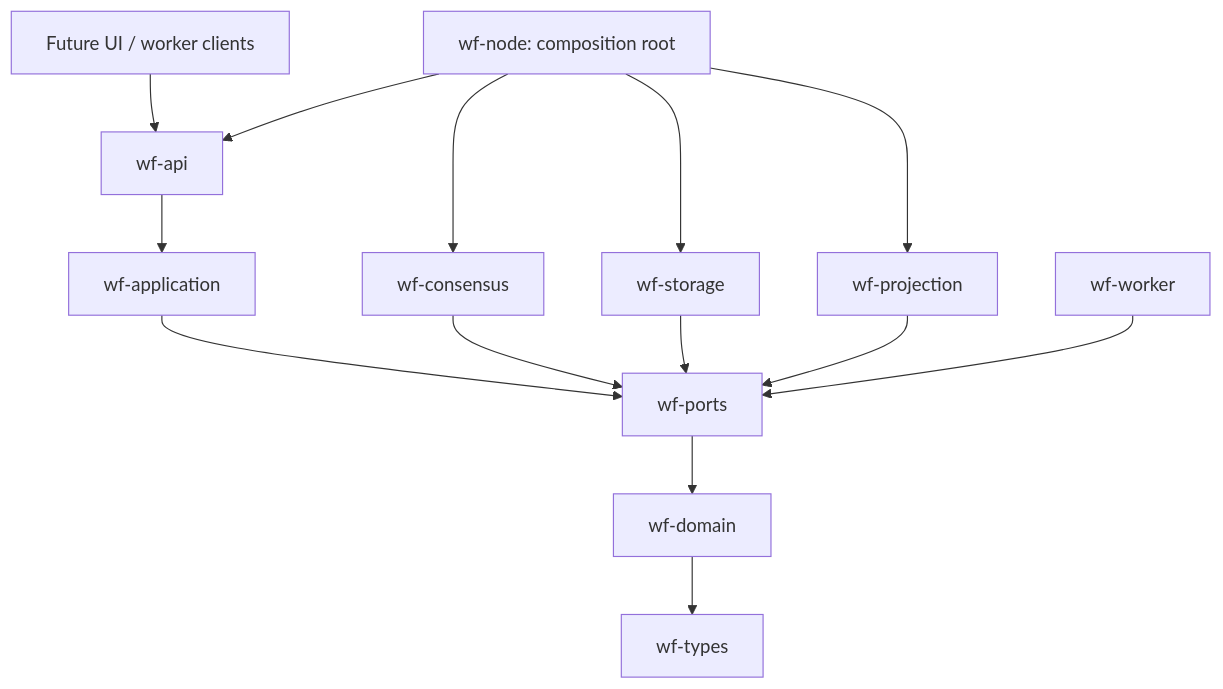
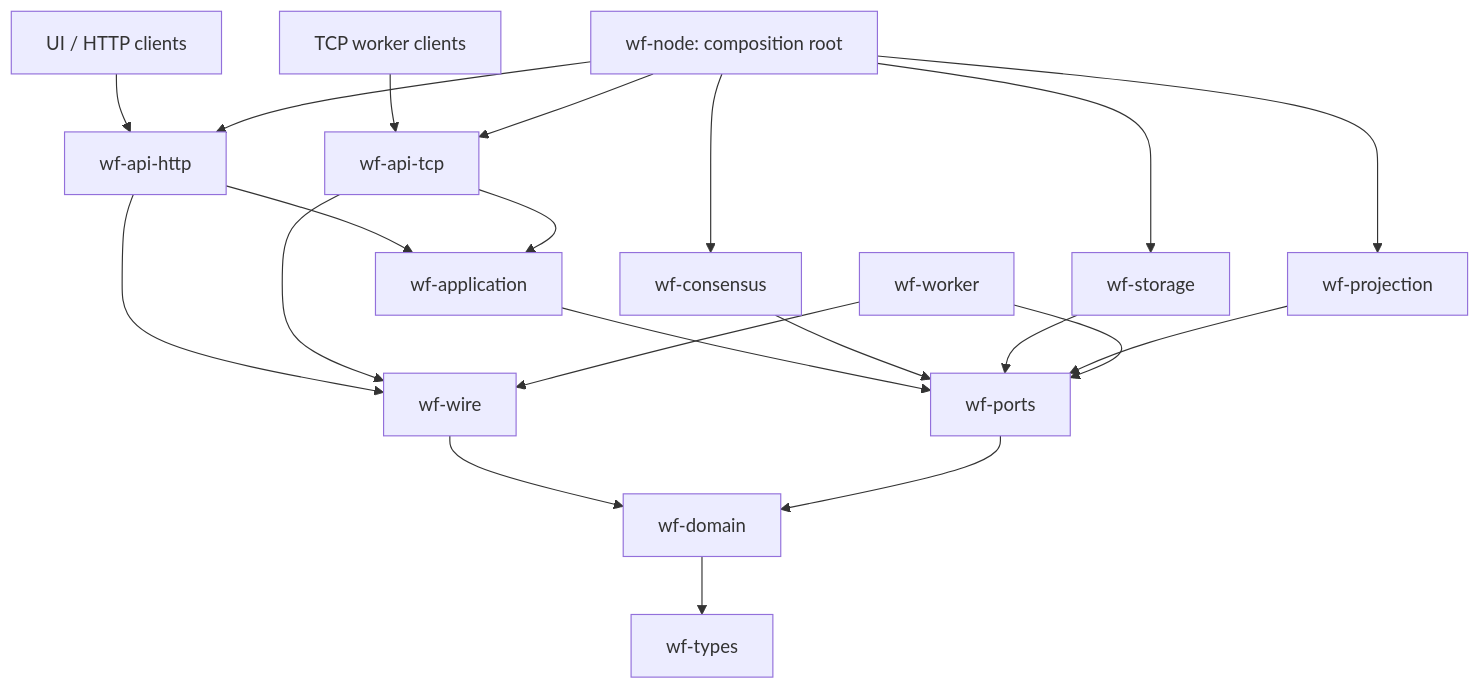
The diagram in docs/architecture.md (ferricstore/ferricstore2), drawn with Mermaid before and after one commit. The commit also changed other lines of this file and 14 other files, not shown here.

Commit message:
docs: design HTTP and TCP workflow transports

````diff
--- a/docs/architecture.md
+++ b/docs/architecture.md
@@ -43,16 +49,23 @@
 ```mermaid
 flowchart TD
-    UI[Future UI / worker clients] --> API[wf-api]
-    API --> APP[wf-application]
+    UI[UI / HTTP clients] --> HTTP[wf-api-http]
+    CLIENT[TCP worker clients] --> TCP[wf-api-tcp]
+    HTTP --> APP[wf-application]
+    TCP --> APP
+    HTTP --> WIRE[wf-wire]
+    TCP --> WIRE
+    WIRE --> DOMAIN[wf-domain]
     APP --> PORTS[wf-ports]
     PORTS --> DOMAIN[wf-domain]
     DOMAIN --> TYPES[wf-types]
     RAFT[wf-consensus] --> PORTS
     STORE[wf-storage] --> PORTS
     PROJ[wf-projection] --> PORTS
     WORKER[wf-worker] --> PORTS
+    WORKER --> WIRE
     NODE[wf-node: composition root] --> RAFT
     NODE --> STORE
-    NODE --> API
+    NODE --> HTTP
+    NODE --> TCP
     NODE --> PROJ
 ```
````
